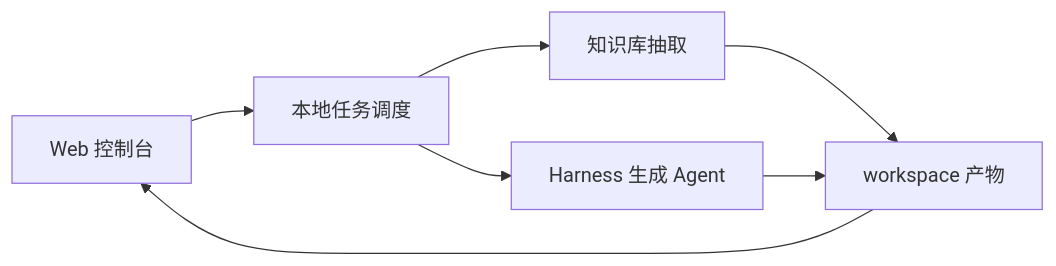
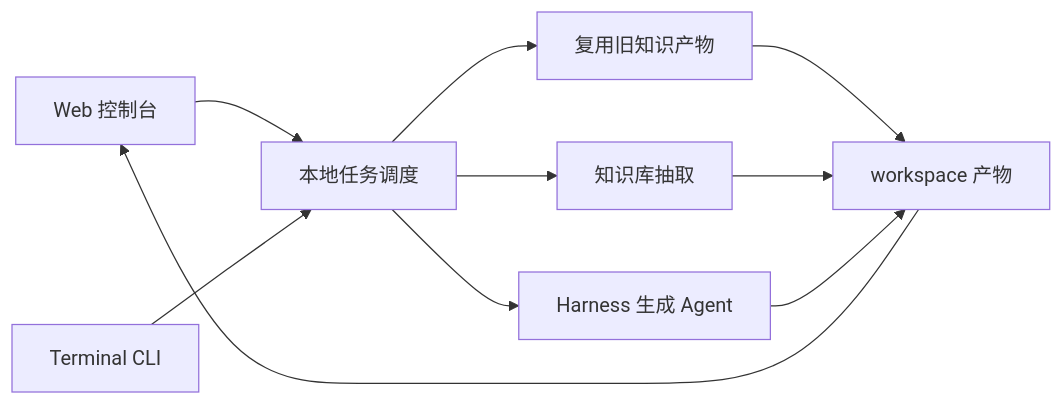
The diagram in docs/architecture.md (wffx/AxF), drawn with Mermaid before and after one commit. The commit also changed other lines of this file and 12 other files, not shown here.

````diff
--- a/docs/architecture.md
+++ b/docs/architecture.md
@@ -106,15 +114,20 @@
 ```mermaid
 flowchart LR
     UI["Web 控制台"]
+    CLI["Terminal CLI"]
     Server["本地任务调度"]
+    Reuse["复用旧知识产物"]
     KB["知识库抽取"]
     Agent["Harness 生成 Agent"]
     Workspace["workspace 产物"]
 
     UI --> Server
+    CLI --> Server
+    Server --> Reuse
     Server --> KB
+    Reuse --> Workspace
     KB --> Workspace
     Server --> Agent
     Agent --> Workspace
     Workspace --> UI
 ```
````
